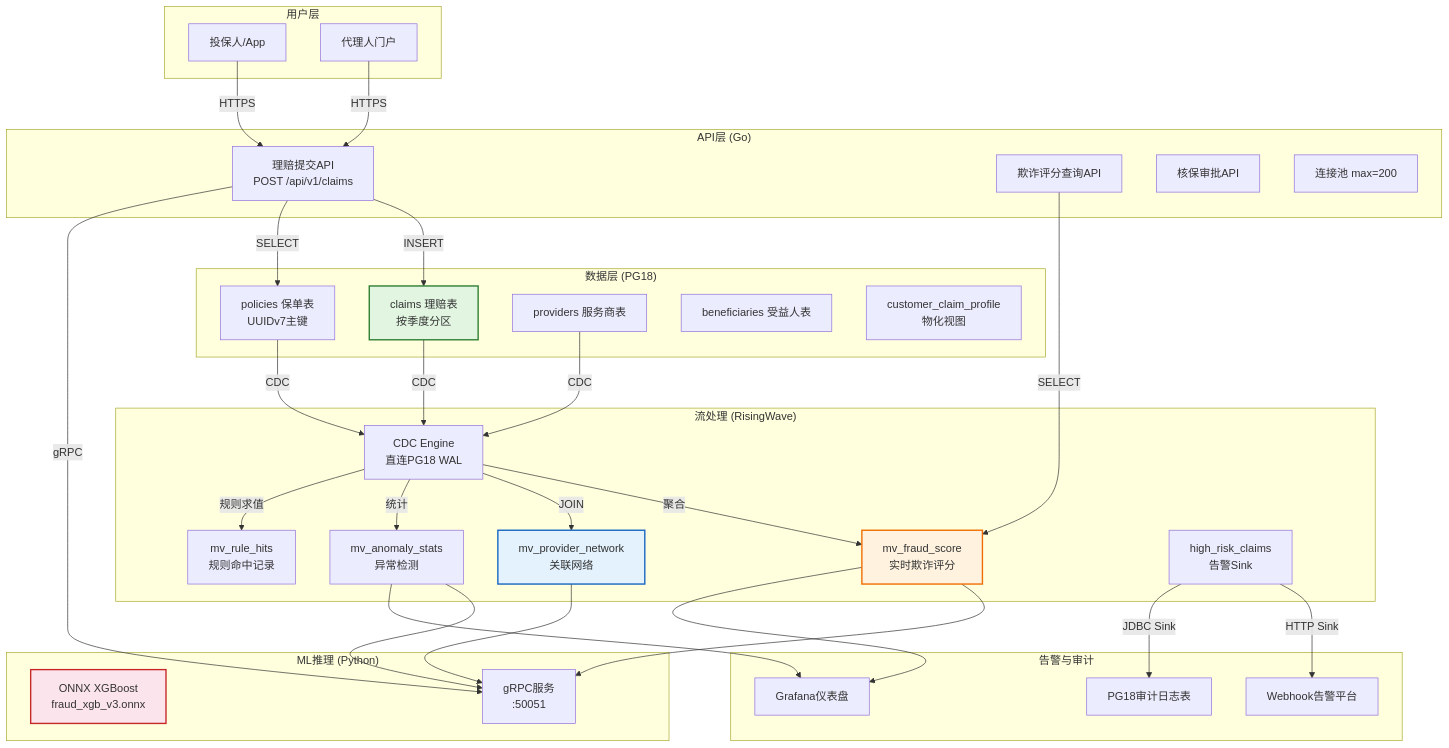
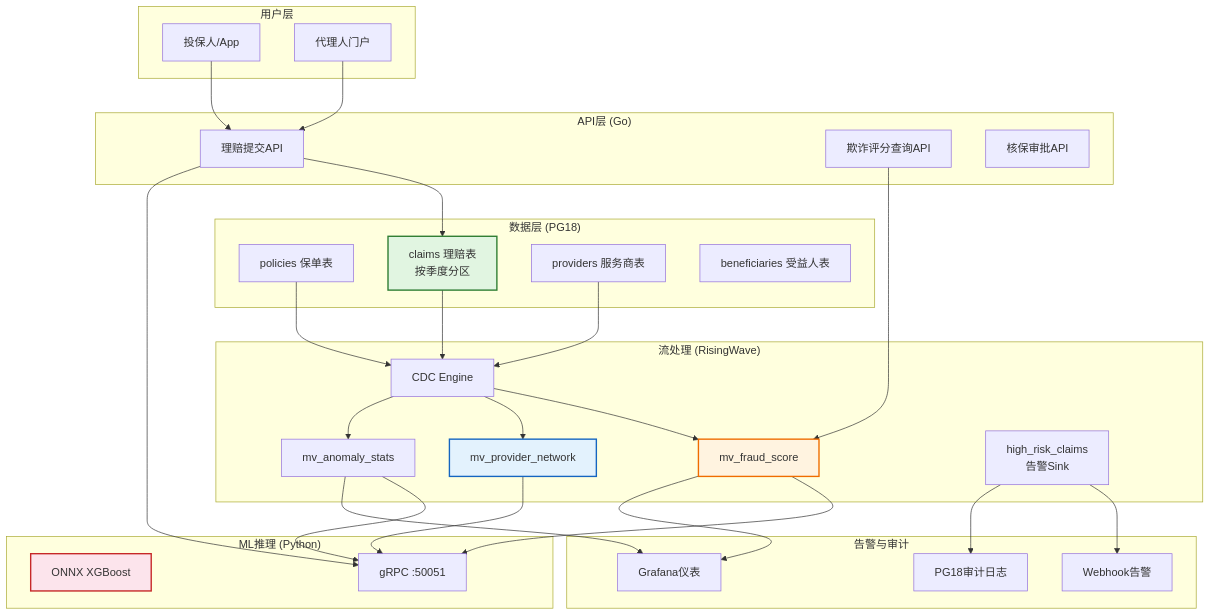
One commit to AdaMartin18010/AnalysisDataFlow changed the first of 2 diagrams in TECH-STACK-POSTGRESQL-18-MULTI-LANGUAGE-STREAMING/05-production-patterns/05.20-industry-case-insurance-fraud.md. Above: the diagram before and after it, drawn with Mermaid. The commit also changed other lines of this file and 3 other files, not shown here.

````diff
--- a/TECH-STACK-POSTGRESQL-18-MULTI-LANGUAGE-STREAMING/05-production-patterns/05.20-industry-case-insurance-fraud.md
+++ b/TECH-STACK-POSTGRESQL-18-MULTI-LANGUAGE-STREAMING/05-production-patterns/05.20-industry-case-insurance-fraud.md
@@ -1079,68 +526,51 @@
 ```mermaid
 graph TB
     subgraph User["用户层"]
         U1["投保人/App"]
         U2["代理人门户"]
     end
 
     subgraph API["API层 (Go)"]
-        G1["理赔提交API<br/>POST /api/v1/claims"]
+        G1["理赔提交API"]
         G2["欺诈评分查询API"]
         G3["核保审批API"]
-        G4["连接池 max=200"]
     end
 
     subgraph DB["数据层 (PG18)"]
-        P1["policies 保单表<br/>UUIDv7主键"]
+        P1["policies 保单表"]
         P2["claims 理赔表<br/>按季度分区"]
         P3["providers 服务商表"]
         P4["beneficiaries 受益人表"]
-        P5["customer_claim_profile<br/>物化视图"]
     end
 
     subgraph Stream["流处理 (RisingWave)"]
-        RW1["CDC Engine<br/>直连PG18 WAL"]
-        RW2["mv_fraud_score<br/>实时欺诈评分"]
-        RW3["mv_provider_network<br/>关联网络"]
-        RW4["mv_anomaly_stats<br/>异常检测"]
-        RW5["mv_rule_hits<br/>规则命中记录"]
-        RW6["high_risk_claims<br/>告警Sink"]
+        RW1["CDC Engine"]
+        RW2["mv_fraud_score"]
+        RW3["mv_provider_network"]
+        RW4["mv_anomaly_stats"]
+        RW5["high_risk_claims<br/>告警Sink"]
     end
 
     subgraph ML["ML推理 (Python)"]
-        M1["ONNX XGBoost<br/>fraud_xgb_v3.onnx"]
-        M2["gRPC服务<br/>:50051"]
+        M1["ONNX XGBoost"]
+        M2["gRPC :50051"]
     end
 
     subgraph Alert["告警与审计"]
-        A1["Webhook告警平台"]
-        A2["Grafana仪表盘"]
-        A3["PG18审计日志表"]
+        A1["Webhook告警"]
+        A2["Grafana仪表"]
+        A3["PG18审计日志"]
     end
 
-    U1 -->|HTTPS| G1
-    U2 -->|HTTPS| G1
-    G1 -->|INSERT| P2
-    G1 -->|SELECT| P1
-    G1 -->|gRPC| M2
-    G2 -->|SELECT| RW2
-    P1 -->|CDC| RW1
-    P2 -->|CDC| RW1
-    P3 -->|CDC| RW1
-    RW1 -->|聚合| RW2
-    RW1 -->|JOIN| RW3
-    RW1 -->|统计| RW4
-    RW1 -->|规则求值| RW5
-    RW2 --> M2
-    RW3 --> M2
-    RW4 --> M2
-    RW6 -->|HTTP Sink| A1
-    RW6 -->|JDBC Sink| A3
-    RW2 --> A2
-    RW4 --> A2
+    U1 --> G1; U2 --> G1
+    G1 --> P2; G1 --> M2; G2 --> RW2
+    P1 --> RW1; P2 --> RW1; P3 --> RW1
+    RW1 --> RW2; RW1 --> RW3; RW1 --> RW4
+    RW2 --> M2; RW3 --> M2; RW4 --> M2
+    RW5 --> A1; RW5 --> A3; RW2 --> A2; RW4 --> A2
 
     style P2 fill:#e1f5e1,stroke:#2e7d32,stroke-width:2px
     style RW2 fill:#fff3e0,stroke:#ef6c00,stroke-width:2px
     style RW3 fill:#e3f2fd,stroke:#1565c0,stroke-width:2px
     style M1 fill:#fce4ec,stroke:#c62828,stroke-width:2px
 ```
````
